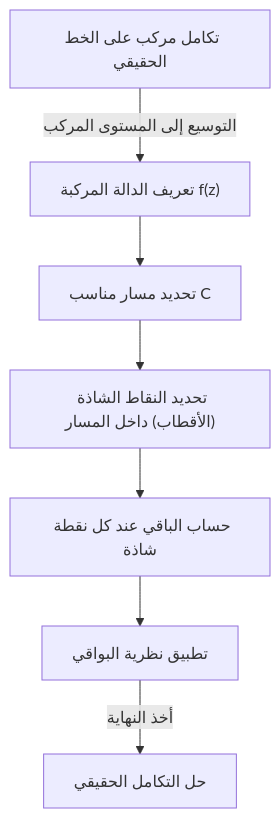
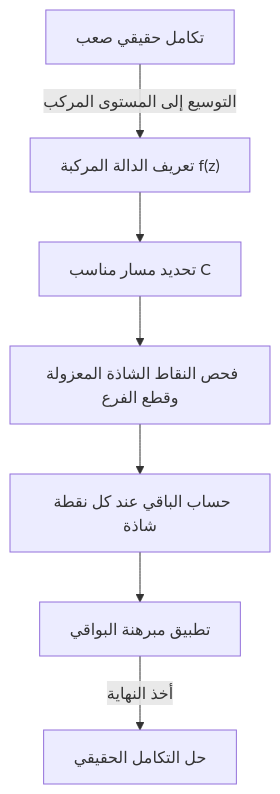
Before and after one commit to kenjinote/blog: the first of 3 diagrams in content/post/residue-theorem/index.ar.md, drawn with Mermaid. The commit also changed other lines of this file and 7 other files, not shown here.

````diff
--- a/content/post/residue-theorem/index.ar.md
+++ b/content/post/residue-theorem/index.ar.md
@@ -33,9 +34,9 @@
 ```mermaid
 flowchart TD
-    A["تكامل مركب على الخط الحقيقي"] -->|"التوسيع إلى المستوى المركب"| B["تعريف الدالة المركبة f(z)"]
+    A["تكامل حقيقي صعب"] -->|"التوسيع إلى المستوى المركب"| B["تعريف الدالة المركبة f(z)"]
     B --> C["تحديد مسار مناسب C"]
-    C --> D["تحديد النقاط الشاذة (الأقطاب) داخل المسار"]
+    C --> D["فحص النقاط الشاذة المعزولة وقطع الفرع"]
     D --> E["حساب الباقي عند كل نقطة شاذة"]
-    E --> F["تطبيق نظرية البواقي"]
+    E --> F["تطبيق مبرهنة البواقي"]
     F -->|"أخذ النهاية"| G["حل التكامل الحقيقي"]
 ```
````
